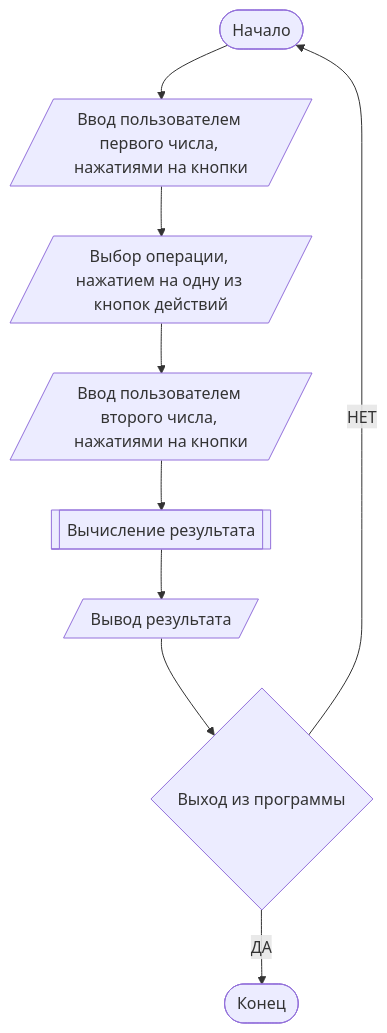
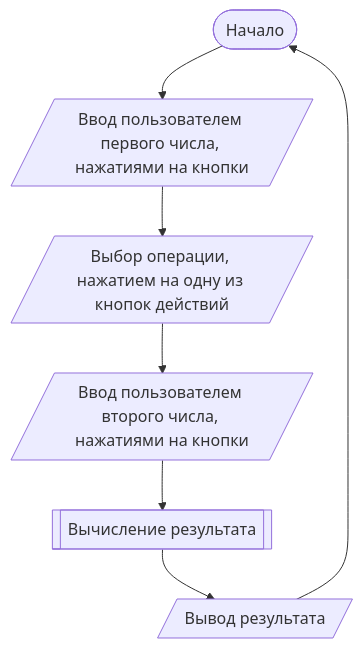
One commit to KirichenkoND/Application-11-14 changed the diagram in README.md. Above: the diagram before and after it, drawn with Mermaid.

````diff
--- a/README.md
+++ b/README.md
@@ -14,13 +14,11 @@
 ```mermaid
 flowchart TB
 node1([Начало]) -->
 node2[/Ввод пользователем первого числа, нажатиями на кнопки/] -->
 node3[/Выбор операции, нажатием на одну из кнопок действий/] -->
 node4[/Ввод пользователем второго числа, нажатиями на кнопки/] -->
 node5[[Вычисление результата]] -->
 node6[/Вывод результата/] -->
-node7{Выход из программы} 
-node7--НЕТ--> node1
-node7--ДА--> node9([Конец])
+node1
 
 ```
````
